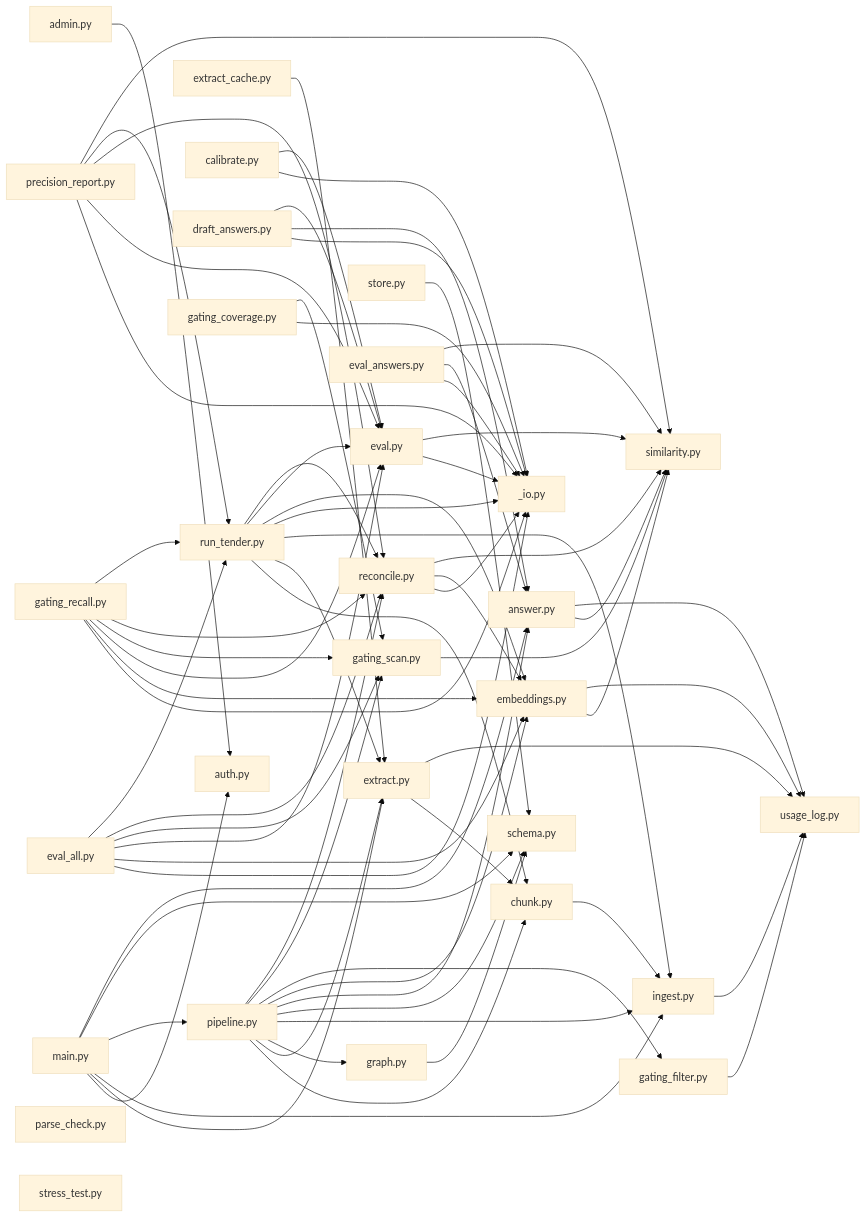
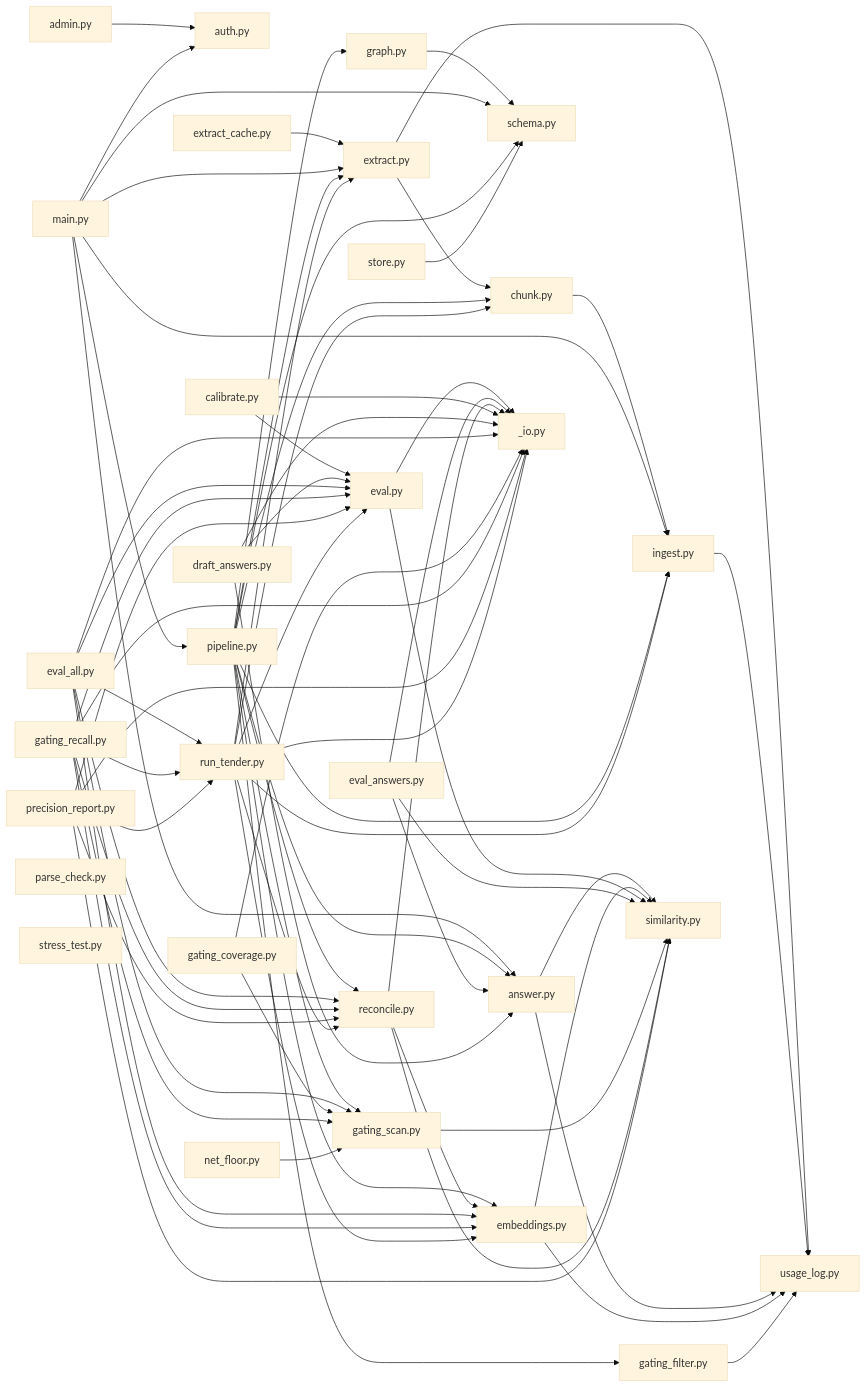
The third of 3 diagrams in CODEMAP.md (Welddevelopment/Bidframe), drawn with Mermaid (base theme) before and after one commit. The commit also changed other lines of this file and 5 other files, not shown here.

````diff
--- a/CODEMAP.md
+++ b/CODEMAP.md
@@ -342,74 +340,75 @@
 ```mermaid
 graph LR
   n0[admin.py] --> n1[auth.py]
   n2[chunk.py] --> n3[ingest.py]
   n4[extract.py] --> n2[chunk.py]
   n4[extract.py] --> n5[usage_log.py]
   n6[extract_cache.py] --> n4[extract.py]
   n7[graph.py] --> n8[schema.py]
   n3[ingest.py] --> n5[usage_log.py]
   n9[main.py] --> n1[auth.py]
   n9[main.py] --> n4[extract.py]
   n9[main.py] --> n3[ingest.py]
   n9[main.py] --> n10[pipeline.py]
   n9[main.py] --> n8[schema.py]
   n9[main.py] --> n11[answer.py]
   n10[pipeline.py] --> n2[chunk.py]
   n10[pipeline.py] --> n4[extract.py]
   n10[pipeline.py] --> n7[graph.py]
   n10[pipeline.py] --> n3[ingest.py]
   n10[pipeline.py] --> n8[schema.py]
   n10[pipeline.py] --> n11[answer.py]
   n10[pipeline.py] --> n12[embeddings.py]
   n10[pipeline.py] --> n13[gating_filter.py]
   n10[pipeline.py] --> n14[gating_scan.py]
   n10[pipeline.py] --> n15[reconcile.py]
   n16[store.py] --> n8[schema.py]
   n11[answer.py] --> n17[similarity.py]
   n11[answer.py] --> n5[usage_log.py]
   n12[embeddings.py] --> n17[similarity.py]
   n12[embeddings.py] --> n5[usage_log.py]
   n18[eval.py] --> n19[_io.py]
   n18[eval.py] --> n17[similarity.py]
   n20[eval_answers.py] --> n19[_io.py]
   n20[eval_answers.py] --> n11[answer.py]
   n20[eval_answers.py] --> n17[similarity.py]
   n13[gating_filter.py] --> n5[usage_log.py]
   n14[gating_scan.py] --> n17[similarity.py]
   n15[reconcile.py] --> n19[_io.py]
   n15[reconcile.py] --> n12[embeddings.py]
   n15[reconcile.py] --> n17[similarity.py]
   n21[calibrate.py] --> n19[_io.py]
   n21[calibrate.py] --> n18[eval.py]
   n22[draft_answers.py] --> n19[_io.py]
   n22[draft_answers.py] --> n11[answer.py]
   n22[draft_answers.py] --> n18[eval.py]
   n23[eval_all.py] --> n19[_io.py]
   n23[eval_all.py] --> n12[embeddings.py]
   n23[eval_all.py] --> n18[eval.py]
   n23[eval_all.py] --> n14[gating_scan.py]
   n23[eval_all.py] --> n15[reconcile.py]
   n23[eval_all.py] --> n24[run_tender.py]
   n25[gating_coverage.py] --> n19[_io.py]
   n25[gating_coverage.py] --> n14[gating_scan.py]
   n26[gating_recall.py] --> n19[_io.py]
   n26[gating_recall.py] --> n12[embeddings.py]
   n26[gating_recall.py] --> n18[eval.py]
   n26[gating_recall.py] --> n14[gating_scan.py]
   n26[gating_recall.py] --> n15[reconcile.py]
   n26[gating_recall.py] --> n24[run_tender.py]
-  n27[precision_report.py] --> n19[_io.py]
-  n27[precision_report.py] --> n18[eval.py]
-  n27[precision_report.py] --> n15[reconcile.py]
-  n27[precision_report.py] --> n24[run_tender.py]
-  n27[precision_report.py] --> n17[similarity.py]
+  n27[net_floor.py] --> n14[gating_scan.py]
+  n28[precision_report.py] --> n19[_io.py]
+  n28[precision_report.py] --> n18[eval.py]
+  n28[precision_report.py] --> n15[reconcile.py]
+  n28[precision_report.py] --> n24[run_tender.py]
+  n28[precision_report.py] --> n17[similarity.py]
   n24[run_tender.py] --> n2[chunk.py]
   n24[run_tender.py] --> n4[extract.py]
   n24[run_tender.py] --> n3[ingest.py]
   n24[run_tender.py] --> n19[_io.py]
   n24[run_tender.py] --> n12[embeddings.py]
   n24[run_tender.py] --> n18[eval.py]
   n24[run_tender.py] --> n15[reconcile.py]
-  n28[parse_check.py]
-  n29[stress_test.py]
+  n29[parse_check.py]
+  n30[stress_test.py]
 ```
````
